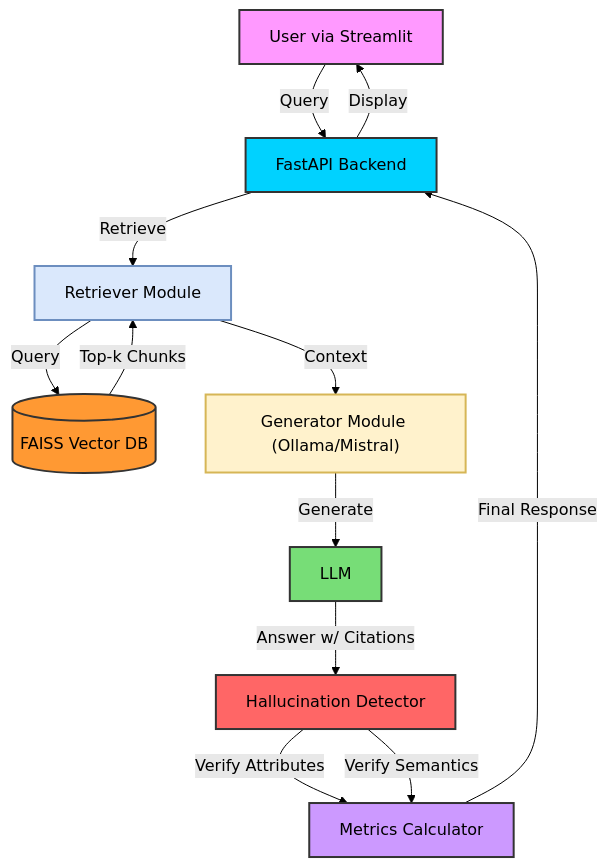
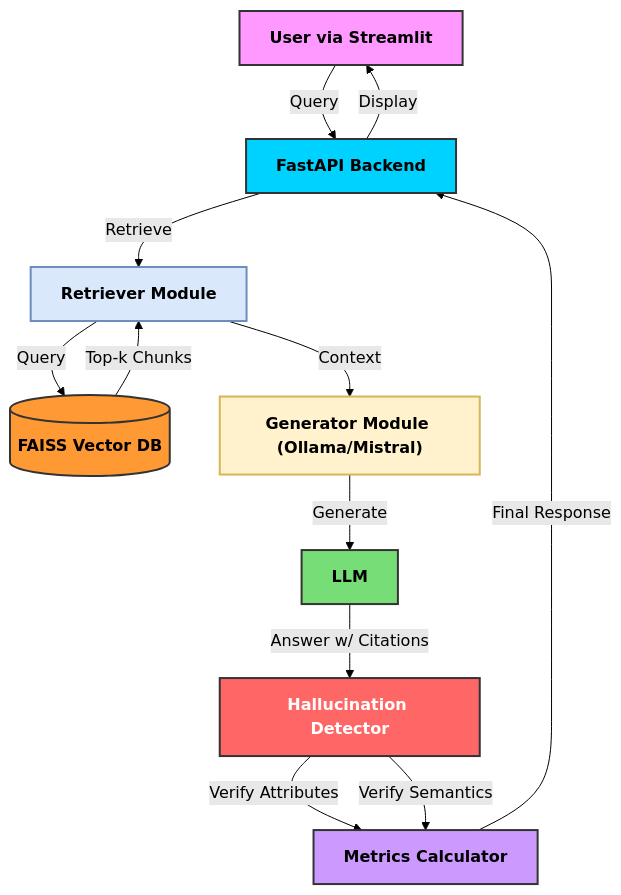
Before and after one commit to chandril-mallick/hallucination-aware-rag: the diagram in README.md, drawn with Mermaid (forest theme).

Commit message:
Improve text visibility in System Architecture diagram

````diff
--- a/README.md
+++ b/README.md
@@ -14,24 +14,24 @@
 ```mermaid
 graph TD
     User["User via Streamlit"] -->|Query| API["FastAPI Backend"]
     API -->|Retrieve| Retriever["Retriever Module"]
     Retriever -->|Query| FAISS[("FAISS Vector DB")]
     FAISS -->|Top-k Chunks| Retriever
     Retriever -->|Context| Generator["Generator Module (Ollama/Mistral)"]
     Generator -->|Generate| LLM["LLM"]
     LLM -->|Answer w/ Citations| Detector["Hallucination Detector"]
     Detector -->|Verify Attributes| Metrics["Metrics Calculator"]
     Detector -->|Verify Semantics| Metrics
     Metrics -->|Final Response| API
     API -->|Display| User
 
     %% Styling
-    style User fill:#f9f,stroke:#333,stroke-width:2px
-    style API fill:#00d2ff,stroke:#333,stroke-width:2px
-    style FAISS fill:#ff9933,stroke:#333,stroke-width:2px
-    style LLM fill:#77dd77,stroke:#333,stroke-width:2px
-    style Detector fill:#ff6666,stroke:#333,stroke-width:2px
-    style Metrics fill:#cc99ff,stroke:#333,stroke-width:2px
-    style Generator fill:#fff2cc,stroke:#d6b656,stroke-width:2px
-    style Retriever fill:#dae8fc,stroke:#6c8ebf,stroke-width:2px
+    style User fill:#f9f,stroke:#333,stroke-width:2px,color:#000,font-weight:bold
+    style API fill:#00d2ff,stroke:#333,stroke-width:2px,color:#000,font-weight:bold
+    style FAISS fill:#ff9933,stroke:#333,stroke-width:2px,color:#000,font-weight:bold
+    style LLM fill:#77dd77,stroke:#333,stroke-width:2px,color:#000,font-weight:bold
+    style Detector fill:#ff6666,stroke:#333,stroke-width:2px,color:#fff,font-weight:bold
+    style Metrics fill:#cc99ff,stroke:#333,stroke-width:2px,color:#000,font-weight:bold
+    style Generator fill:#fff2cc,stroke:#d6b656,stroke-width:2px,color:#000,font-weight:bold
+    style Retriever fill:#dae8fc,stroke:#6c8ebf,stroke-width:2px,color:#000,font-weight:bold
 ```
````
